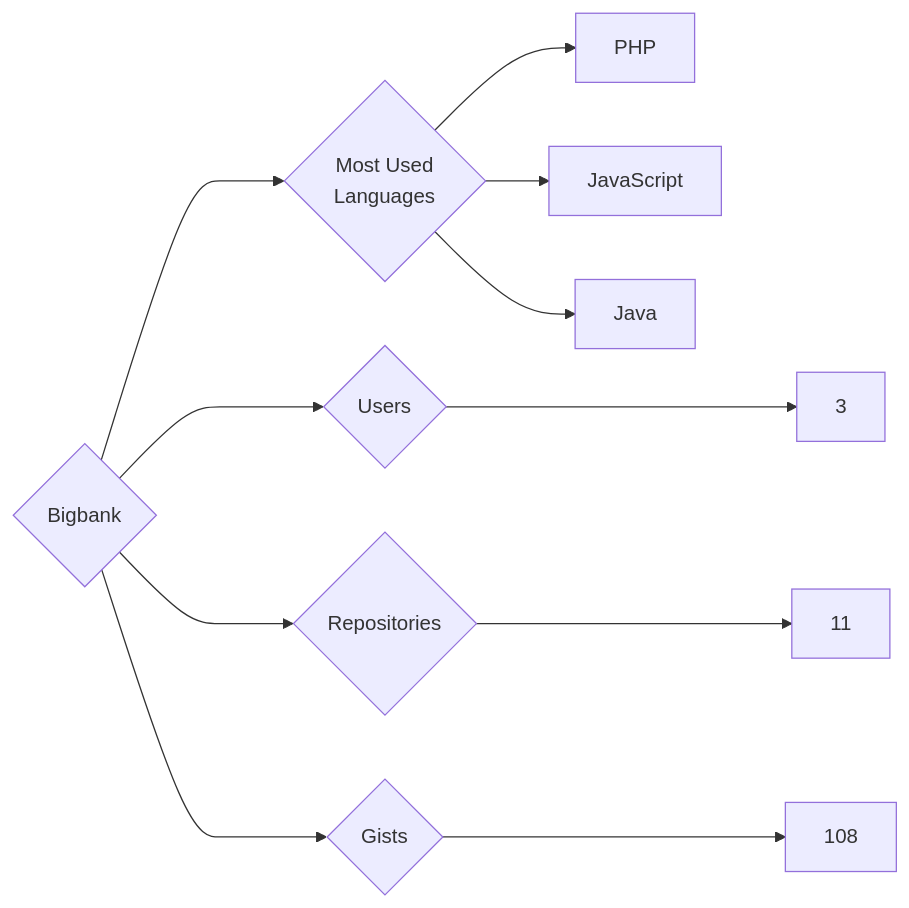
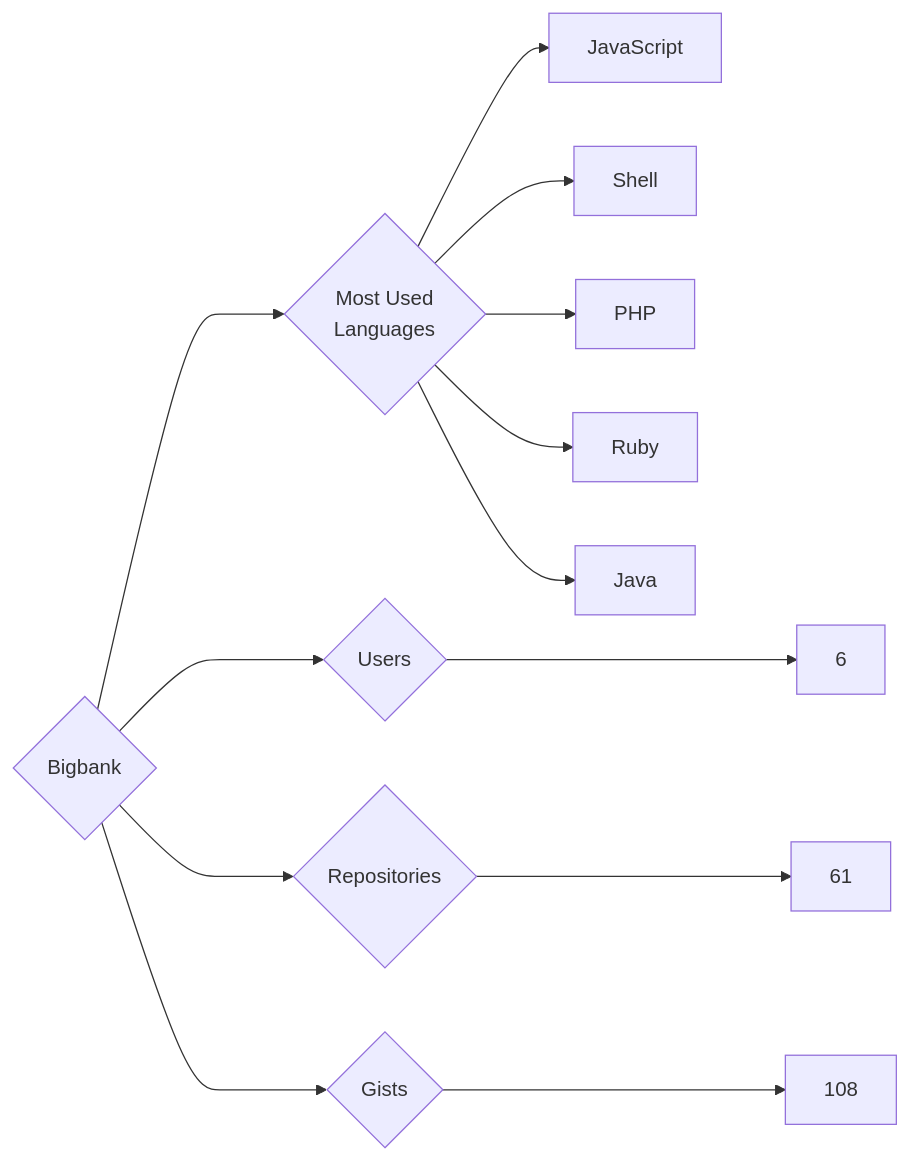
One commit to trickest/insiders changed the diagram in targets/Bigbank/README.md. Above: the diagram before and after it, drawn with Mermaid. The commit also changed 1092 other files, not shown here.

````diff
--- a/targets/Bigbank/README.md
+++ b/targets/Bigbank/README.md
@@ -3,11 +3,13 @@
 ```mermaid
 graph LR
 COMPANY_NAME{Bigbank}
-COMPANY_NAME ---> U{Users} ---> UN[3]
-COMPANY_NAME ---> R{Repositories} ---> RN[11]
+COMPANY_NAME ---> U{Users} ---> UN[6]
+COMPANY_NAME ---> R{Repositories} ---> RN[61]
 COMPANY_NAME ---> G{Gists} ---> GN[108]
 COMPANY_NAME ---> ML{Most Used<br>Languages}
+ML --> JavaScript[JavaScript]
+ML --> Shell[Shell]
 ML --> PHP[PHP]
-ML --> JavaScript[JavaScript]
+ML --> Ruby[Ruby]
 ML --> Java[Java]
 ```
````
